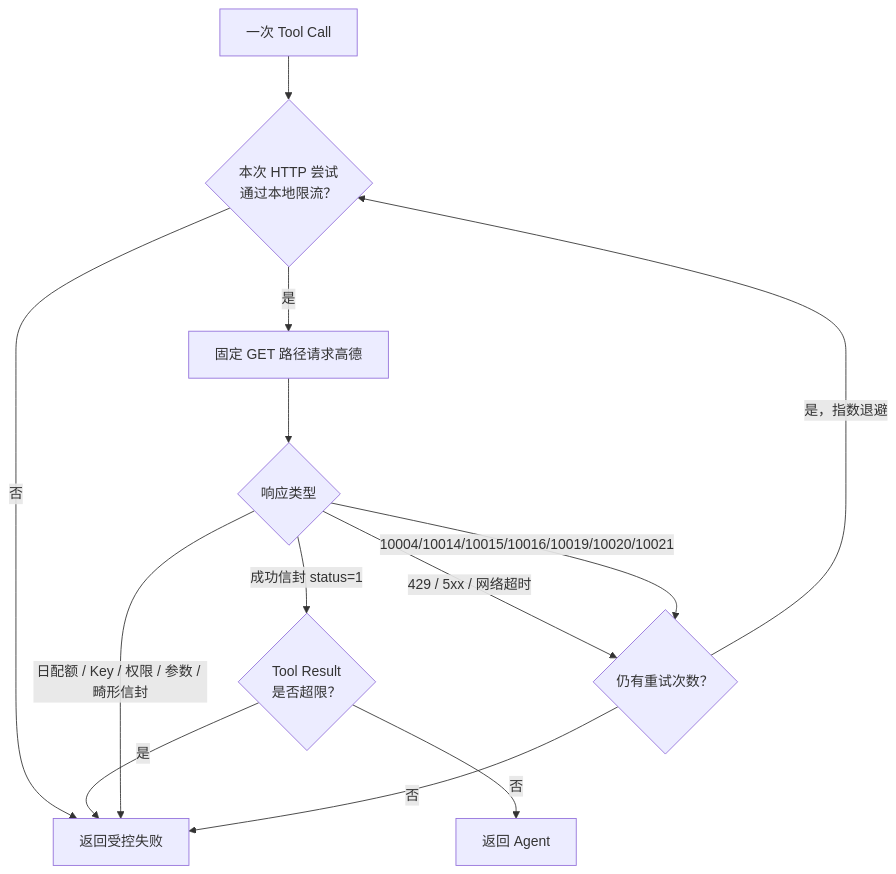
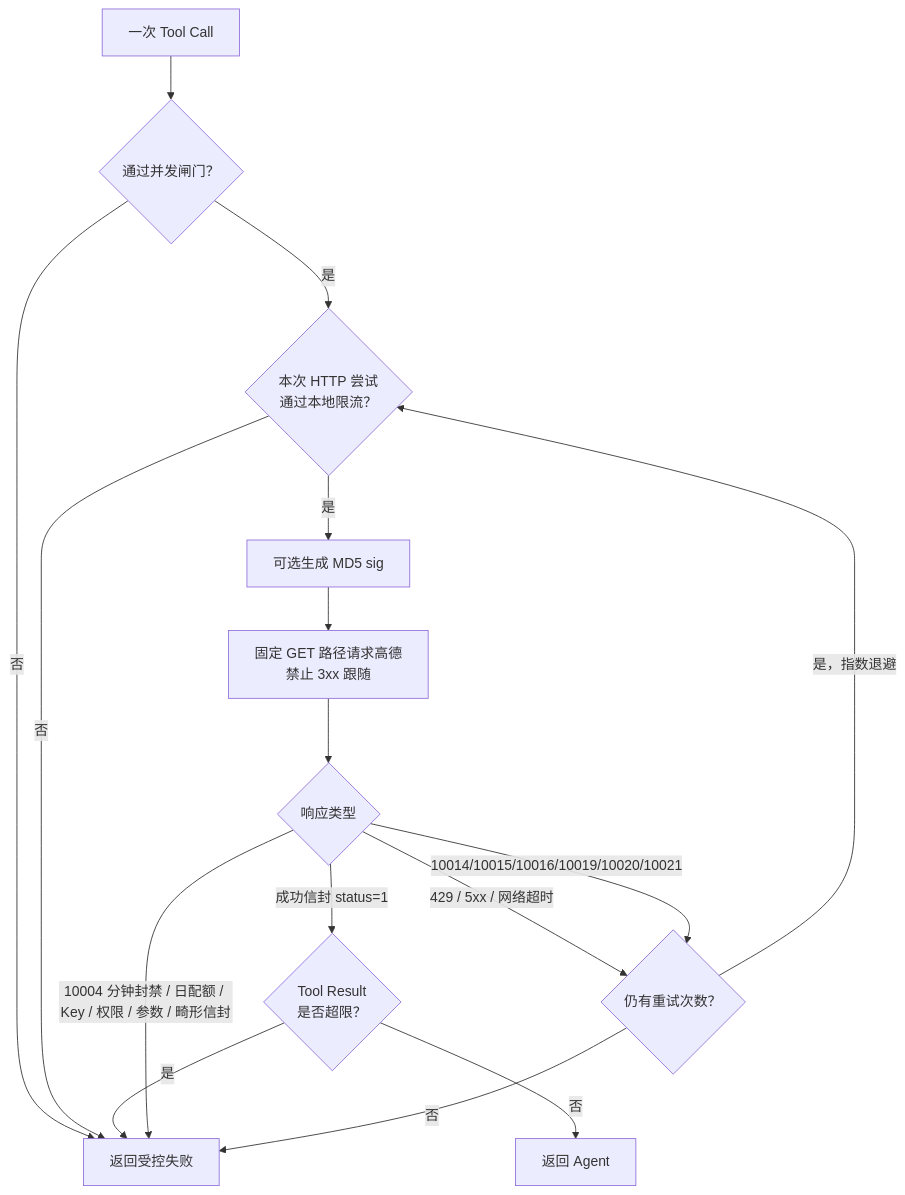
One commit to partme-ai/openclaw-plugins changed the second of 2 diagrams in extensions/amap/README.zh-CN.md. Above: the diagram before and after it, drawn with Mermaid. The commit also changed other lines of this file and 35 other files, not shown here.

First line of the commit message:
feat(amap): 添加高德地图API数字签名和并发控制功能

````diff
--- a/extensions/amap/README.zh-CN.md
+++ b/extensions/amap/README.zh-CN.md
@@ -96,15 +106,17 @@
 ```mermaid
 flowchart TD
-    Call["一次 Tool Call"] --> Limit{"本次 HTTP 尝试<br/>通过本地限流？"}
+    Call["一次 Tool Call"] --> Concurrent{"通过并发闸门？"}
+    Concurrent -->|"否"| Fail["返回受控失败"]
+    Concurrent -->|"是"| Limit{"本次 HTTP 尝试<br/>通过本地限流？"}
     Limit -->|"否"| Fail["返回受控失败"]
-    Limit -->|"是"| Request["固定 GET 路径请求高德"]
+    Limit -->|"是"| Sign["可选生成 MD5 sig"] --> Request["固定 GET 路径请求高德<br/>禁止 3xx 跟随"]
     Request --> Result{"响应类型"}
     Result -->|"成功信封 status=1"| Bound{"Tool Result<br/>是否超限？"}
     Bound -->|"否"| Success["返回 Agent"]
     Bound -->|"是"| Fail
     Result -->|"429 / 5xx / 网络超时"| Retry{"仍有重试次数？"}
-    Result -->|"10004/10014/10015/10016/10019/10020/10021"| Retry
-    Result -->|"日配额 / Key / 权限 / 参数 / 畸形信封"| Fail
+    Result -->|"10014/10015/10016/10019/10020/10021"| Retry
+    Result -->|"10004 分钟封禁 / 日配额 / Key / 权限 / 参数 / 畸形信封"| Fail
     Retry -->|"是，指数退避"| Limit
     Retry -->|"否"| Fail
 ```
````
